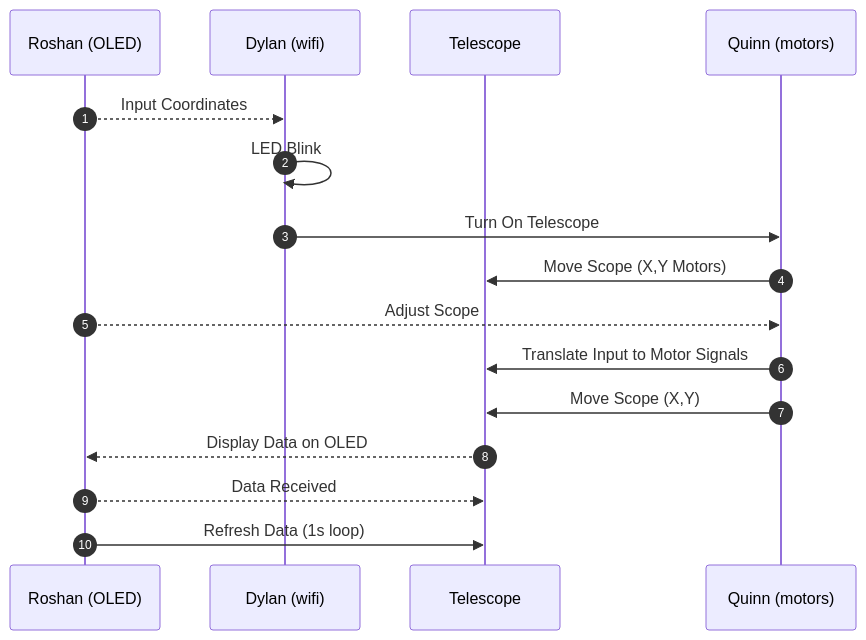
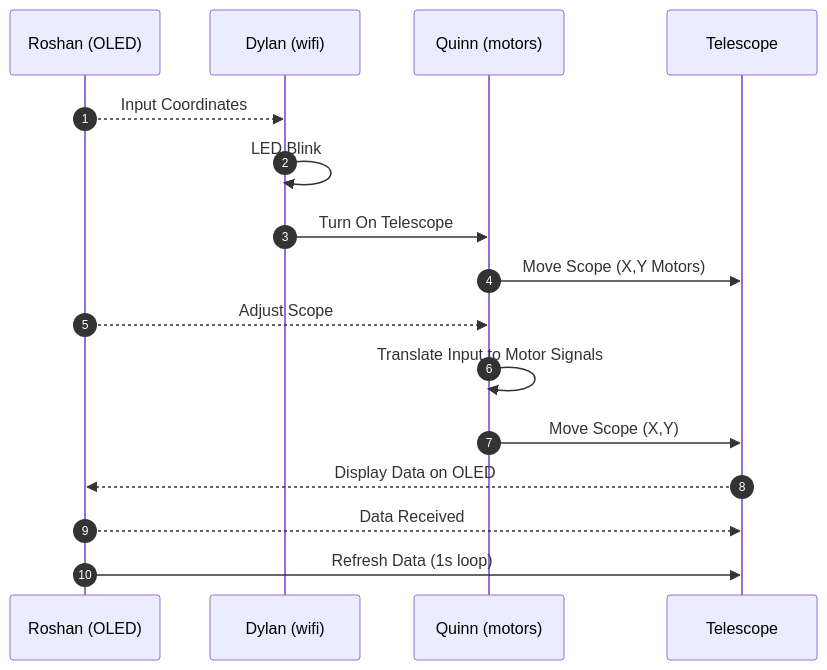
The diagram in docs/04-Team-Diagram.md (EGR314-S-2026-304/EGR314-S-2026-304.github.io), drawn with Mermaid before and after one commit.

````diff
--- a/docs/04-Team-Diagram.md
+++ b/docs/04-Team-Diagram.md
@@ -14,23 +14,23 @@
 ``` mermaid
 sequenceDiagram
   autonumber
 
 
   participant Roshan (OLED)
   participant Dylan (wifi)
+  participant Quinn (motors)
   participant Telescope
-  participant Quinn (motors)
 
   Roshan (OLED)-->>Dylan (wifi): Input Coordinates
   Dylan (wifi)->>Dylan (wifi): LED Blink
   Dylan (wifi)->>Quinn (motors): Turn On Telescope
   Quinn (motors)->>Telescope: Move Scope (X,Y Motors)
 
   Roshan (OLED)-->>Quinn (motors): Adjust Scope
-  Quinn (motors)->>Telescope: Translate Input to Motor Signals
+  Quinn (motors)->>Quinn (motors): Translate Input to Motor Signals
   Quinn (motors)->>Telescope: Move Scope (X,Y)
 
   Telescope-->>Roshan (OLED): Display Data on OLED
   Roshan (OLED)-->>Telescope: Data Received
   Roshan (OLED)->>Telescope: Refresh Data (1s loop)
 ```
````
